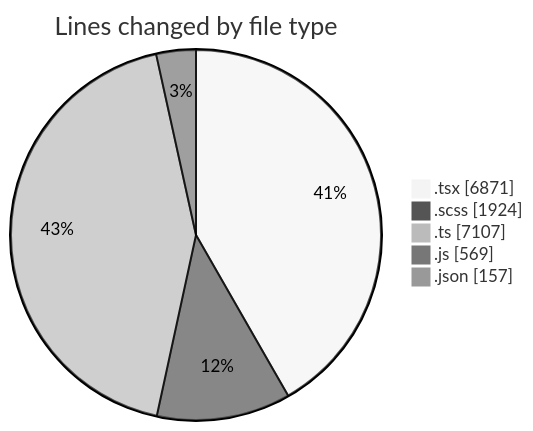
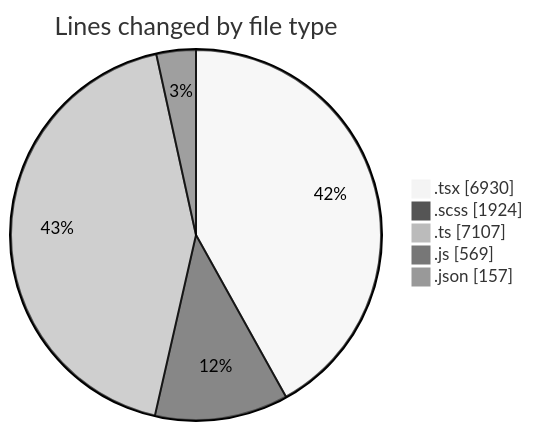
Before and after one commit to momahboobian/code-tracking: the first of 2 diagrams in 2026-04-23/cda/README.md, drawn with Mermaid (neutral theme). The commit also changed other lines of this file and 1 other file, not shown here.

````diff
--- a/2026-04-23/cda/README.md
+++ b/2026-04-23/cda/README.md
@@ -45,9 +45,9 @@
 ```mermaid
 pie showData
 title Lines changed by file type
-".tsx" : 6871
+".tsx" : 6930
 ".scss" : 1924
 ".ts" : 7107
 ".js" : 569
 ".json" : 157
 ```
````
